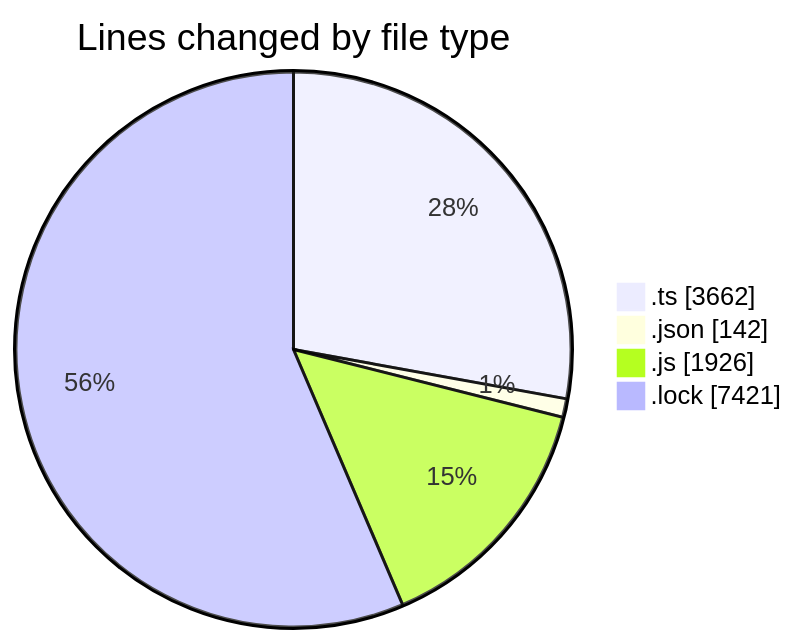
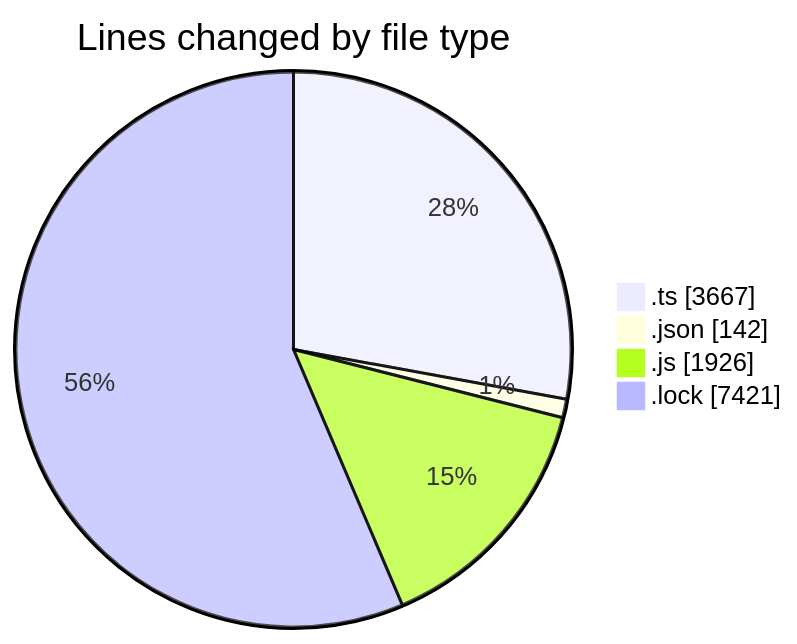
The first of 2 diagrams in 2025-07-30/cda/README.md (momahboobian/code-tracking), drawn with Mermaid before and after one commit. The commit also changed other lines of this file and 1 other file, not shown here.

````diff
--- a/2025-07-30/cda/README.md
+++ b/2025-07-30/cda/README.md
@@ -29,8 +29,8 @@
 ```mermaid
 pie showData
 title Lines changed by file type
-".ts" : 3662
+".ts" : 3667
 ".json" : 142
 ".js" : 1926
 ".lock" : 7421
 ```
````
